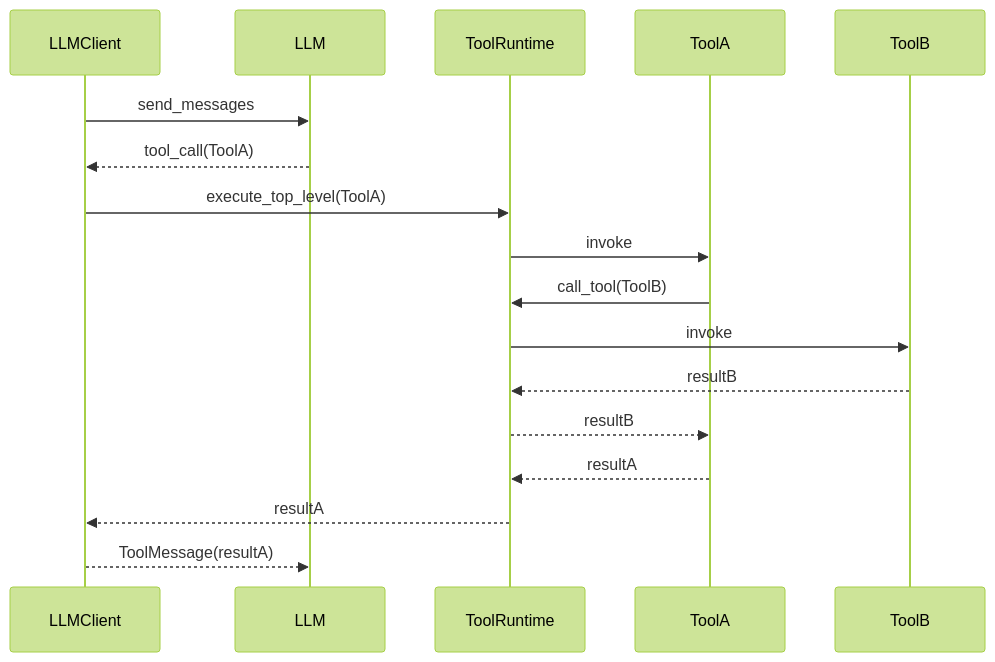
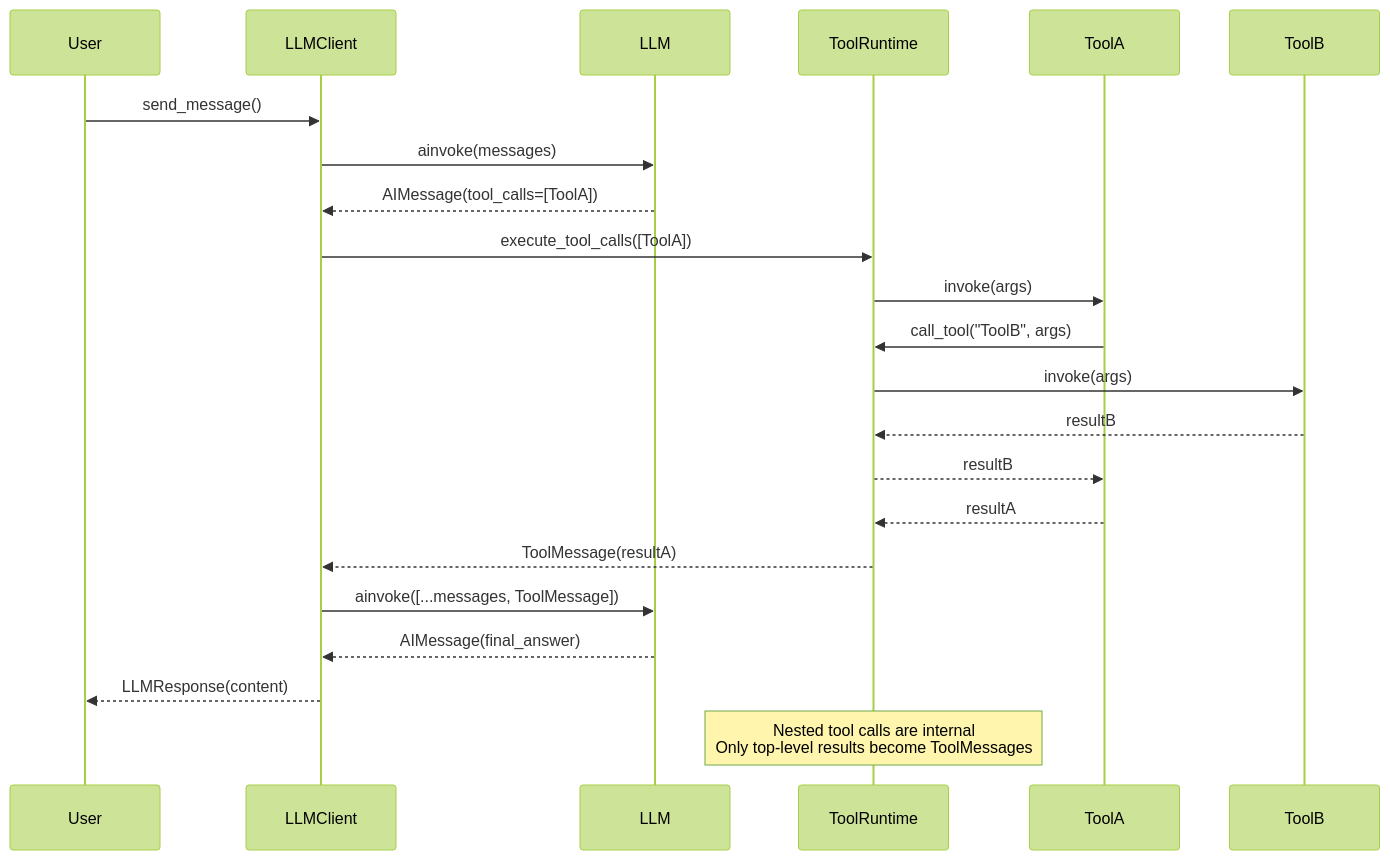
Before and after one commit to plummm/Moose: the second of 4 diagrams in moose/framework/llm_core/README.md, drawn with Mermaid (forest theme). The commit also changed other lines of this file and 4 other files, not shown here.

````diff
--- a/moose/framework/llm_core/README.md
+++ b/moose/framework/llm_core/README.md
@@ -53,20 +94,26 @@
 ```mermaid
 sequenceDiagram
-participant LLMClient
-participant LLM
-participant ToolRuntime
-participant ToolA
-participant ToolB
-
-LLMClient->>LLM: send_messages
-LLM-->>LLMClient: tool_call(ToolA)
-LLMClient->>ToolRuntime: execute_top_level(ToolA)
-ToolRuntime->>ToolA: invoke
-ToolA->>ToolRuntime: call_tool(ToolB)
-ToolRuntime->>ToolB: invoke
-ToolB-->>ToolRuntime: resultB
-ToolRuntime-->>ToolA: resultB
-ToolA-->>ToolRuntime: resultA
-ToolRuntime-->>LLMClient: resultA
-LLMClient-->>LLM: ToolMessage(resultA)
+    participant User
+    participant LLMClient
+    participant LLM
+    participant ToolRuntime
+    participant ToolA
+    participant ToolB
+    
+    User->>LLMClient: send_message()
+    LLMClient->>LLM: ainvoke(messages)
+    LLM-->>LLMClient: AIMessage(tool_calls=[ToolA])
+    LLMClient->>ToolRuntime: execute_tool_calls([ToolA])
+    ToolRuntime->>ToolA: invoke(args)
+    ToolA->>ToolRuntime: call_tool("ToolB", args)
+    ToolRuntime->>ToolB: invoke(args)
+    ToolB-->>ToolRuntime: resultB
+    ToolRuntime-->>ToolA: resultB
+    ToolA-->>ToolRuntime: resultA
+    ToolRuntime-->>LLMClient: ToolMessage(resultA)
+    LLMClient->>LLM: ainvoke([...messages, ToolMessage])
+    LLM-->>LLMClient: AIMessage(final_answer)
+    LLMClient-->>User: LLMResponse(content)
+    
+    Note over ToolRuntime: Nested tool calls are internal<br/>Only top-level results become ToolMessages
 ```
````
